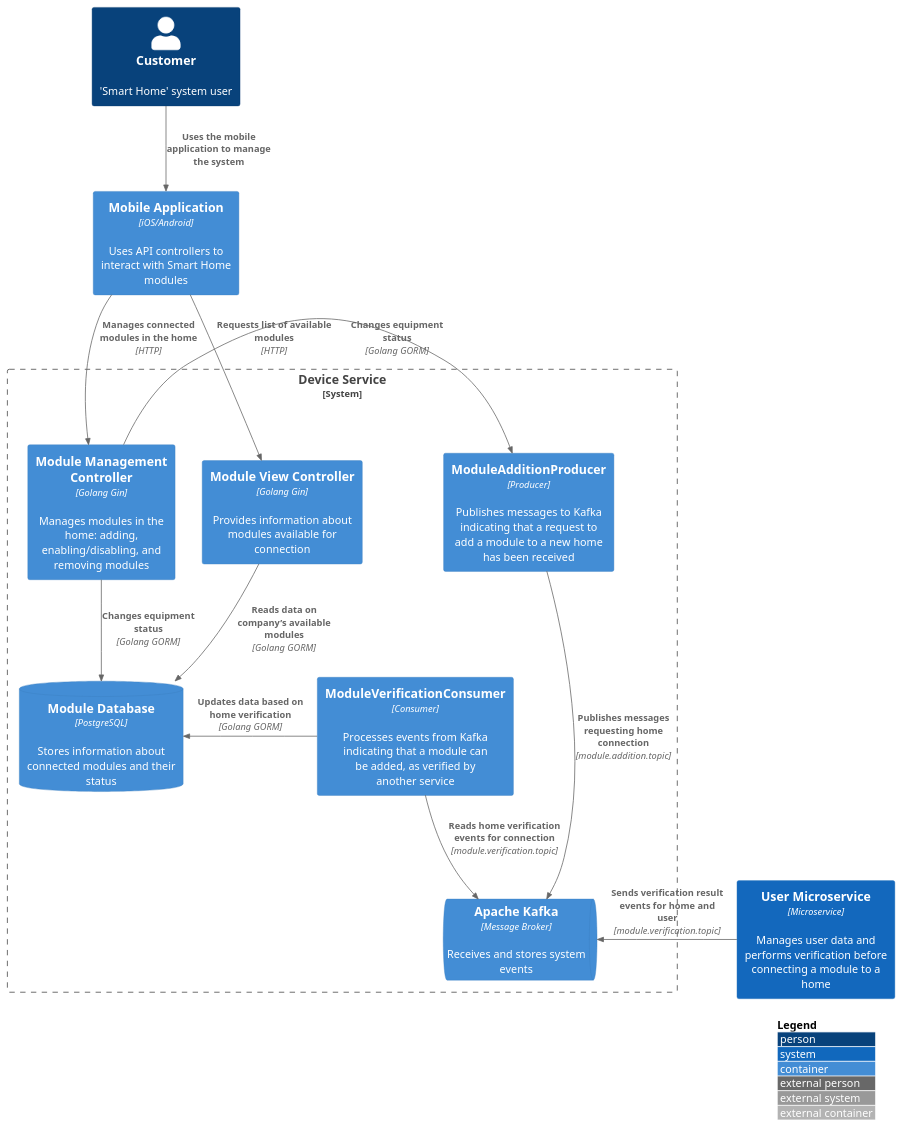
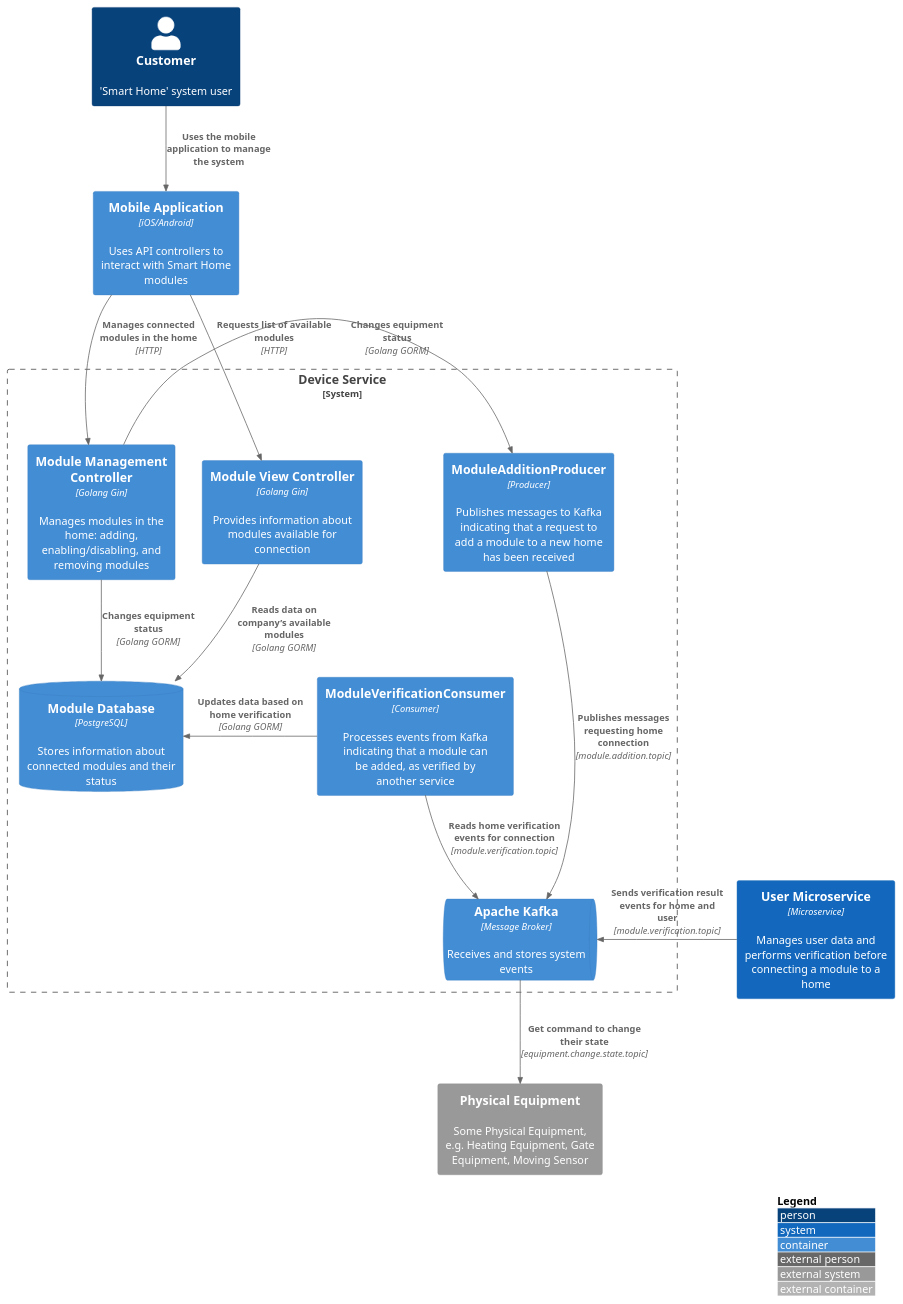
The diagram in smart-home-monolith/diagrams/component/Component_CleverVillageSystem_DeviceService.puml (baydinvladislav/architecture-sprint-3), drawn with PlantUML before and after one commit.

Commit message:
add external system

```diff
--- a/smart-home-monolith/diagrams/component/Component_CleverVillageSystem_DeviceService.puml
+++ b/smart-home-monolith/diagrams/component/Component_CleverVillageSystem_DeviceService.puml
@@ -1,33 +1,35 @@
 @startuml
 !include <C4/C4_Container>
 
 LAYOUT_WITH_LEGEND()
 
 Person(user, "Customer", "'Smart Home' system user")
 Container(app_client, "Mobile Application", "iOS/Android", "Uses API controllers to interact with Smart Home modules")
 Container(internal_system, "User Microservice", "Microservice", "Manages user data and performs verification before connecting a module to a home") #1368bd
+System_Ext(system, "Physical Equipment", "Some Physical Equipment, e.g. Heating Equipment, Gate Equipment, Moving Sensor")
 
 System_Boundary(b_system, "Device Service") {
     Container(controller_modules_view, "Module View Controller", "Golang Gin", "Provides information about modules available for connection")
     Container(controller_module_management, "Module Management Controller", "Golang Gin", "Manages modules in the home: adding, enabling/disabling, and removing modules")
 
     Container(publisher, "ModuleAdditionProducer", "Producer", "Publishes messages to Kafka indicating that a request to add a module to a new home has been received")
     Container(processor, "ModuleVerificationConsumer", "Consumer", "Processes events from Kafka indicating that a module can be added, as verified by another service")
 
     ContainerDb(modules_db, "Module Database", "PostgreSQL", "Stores information about connected modules and their status")
     ContainerQueue(kafka_broker, "Apache Kafka", "Message Broker", "Receives and stores system events")
 }
 
 Rel(app_client, controller_modules_view, "Requests list of available modules", "HTTP")
 Rel(app_client, controller_module_management, "Manages connected modules in the home", "HTTP")
 
 Rel(user, app_client, "Uses the mobile application to manage the system")
 Rel(controller_modules_view, modules_db, "Reads data on company’s available modules", "Golang GORM")
 Rel(controller_module_management, modules_db, "Changes equipment status", "Golang GORM")
 Rel_L(controller_module_management, publisher, "Changes equipment status", "Golang GORM")
 Rel_L(internal_system, kafka_broker, "Sends verification result events for home and user", "module.verification.topic")
 Rel_U(publisher, kafka_broker, "Publishes messages requesting home connection", "module.addition.topic")
+Rel_D(kafka_broker, system, "Get command to change their state", "equipment.change.state.topic")
 Rel(processor, kafka_broker, "Reads home verification events for connection", "module.verification.topic")
 Rel_L(processor, modules_db, "Updates data based on home verification", "Golang GORM")
 
 @enduml
```
